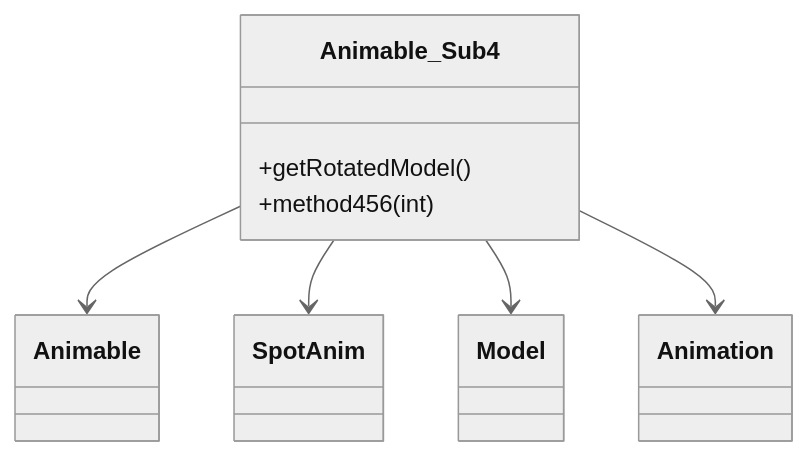
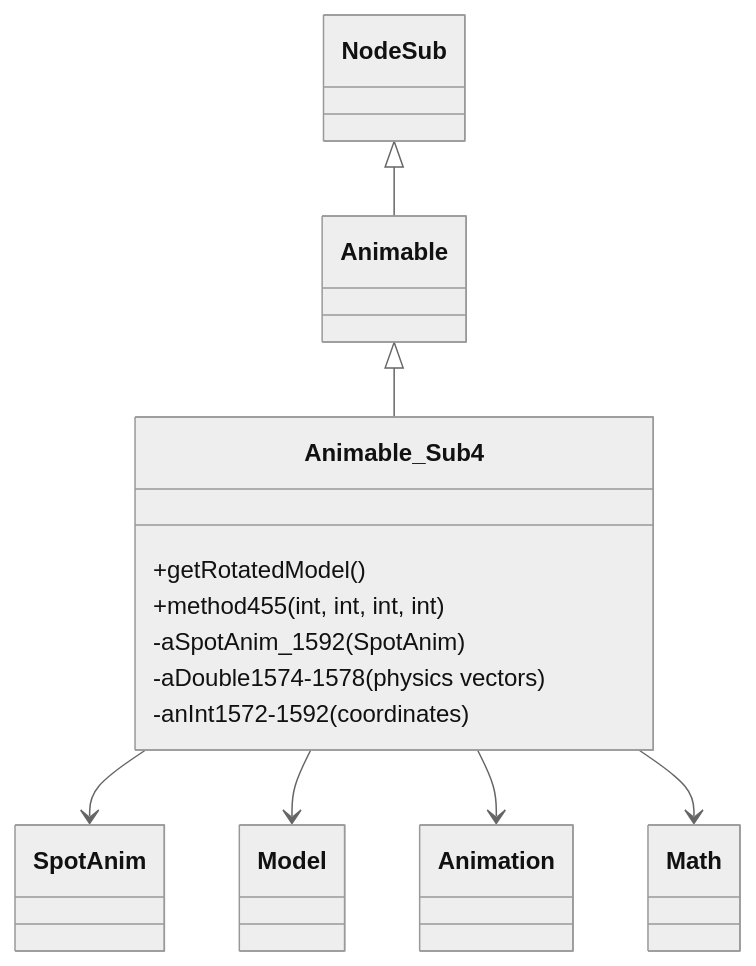
The diagram in bytecode/mapping/evidence/verified/Animable_Sub4_SWTXAYDT.md (daxxog/solmud), drawn with Mermaid (neutral theme) before and after one commit. The commit also changed other lines of this file and 38 other files, not shown here.

````diff
--- a/bytecode/mapping/evidence/verified/Animable_Sub4_SWTXAYDT.md
+++ b/bytecode/mapping/evidence/verified/Animable_Sub4_SWTXAYDT.md
@@ -9,9 +16,14 @@
 ```mermaid
 classDiagram
-    Animable_Sub4 --> Animable
+    NodeSub <|-- Animable
+    Animable <|-- Animable_Sub4
     Animable_Sub4 --> SpotAnim
     Animable_Sub4 --> Model
     Animable_Sub4 --> Animation
+    Animable_Sub4 --> Math
     Animable_Sub4 : +getRotatedModel()
-    Animable_Sub4 : +method456(int)
+    Animable_Sub4 : +method455(int, int, int, int)
+    Animable_Sub4 : -aSpotAnim_1592 (SpotAnim)
+    Animable_Sub4 : -aDouble1574-1578 (physics vectors)
+    Animable_Sub4 : -anInt1572-1592 (coordinates)
 ```
````
